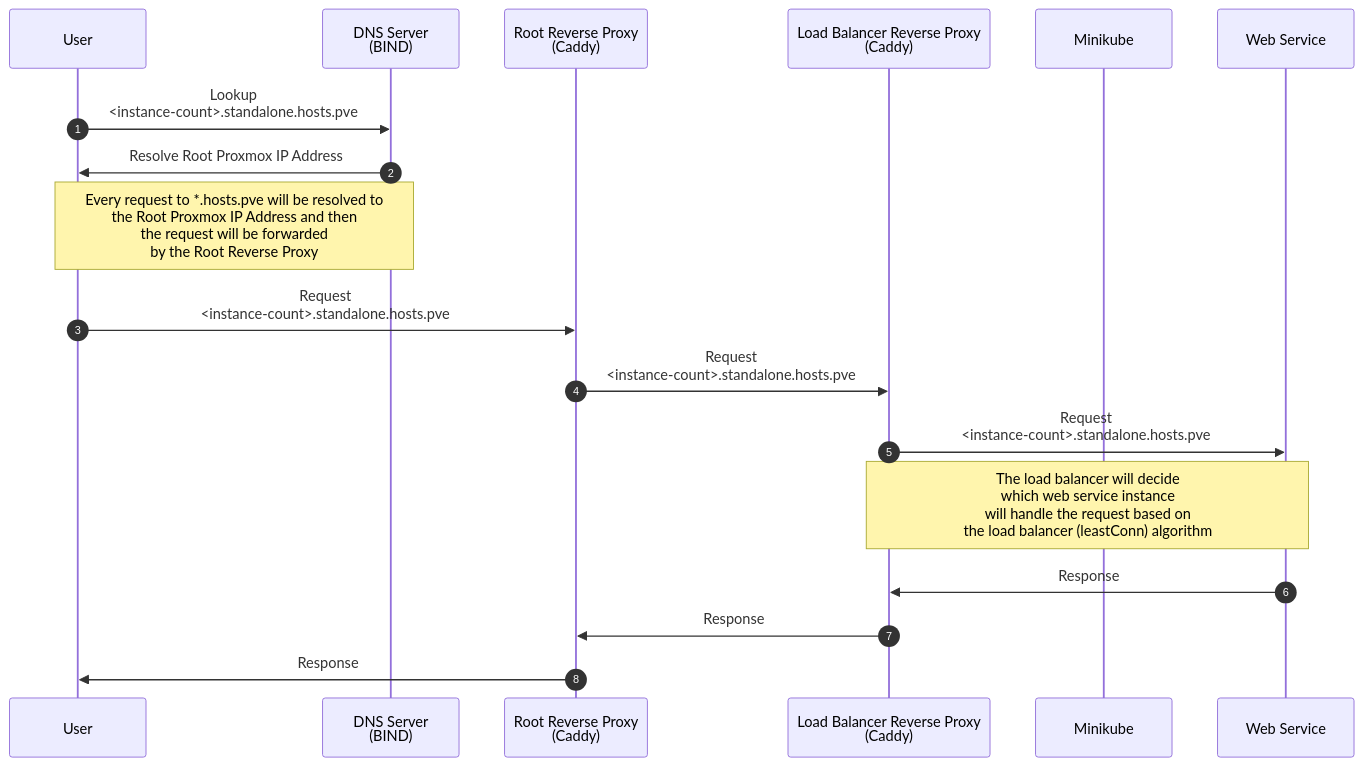
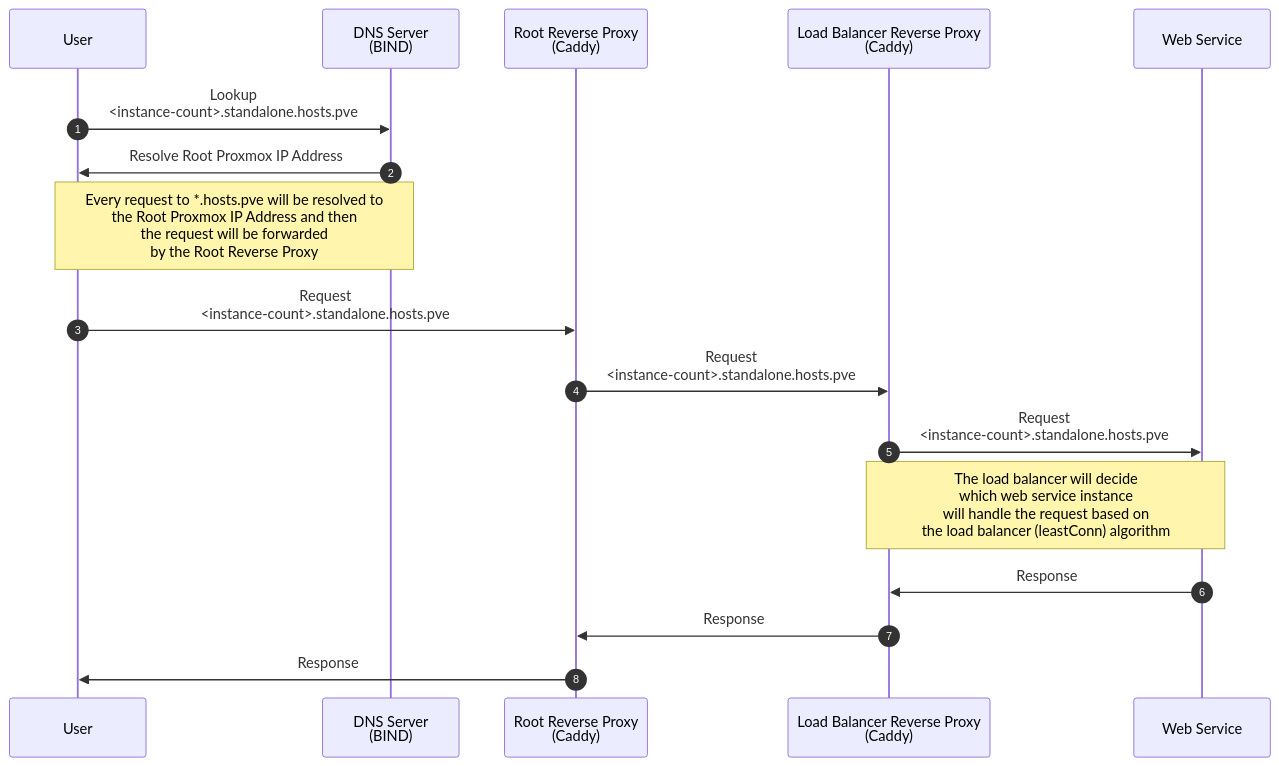
The first of 2 diagrams in README.md (Syakhisk/proxmox-minikube-knative), drawn with Mermaid before and after one commit.

````diff
--- a/README.md
+++ b/README.md
@@ -66,25 +66,24 @@
 ```mermaid
 sequenceDiagram
   autonumber
   participant user as User
   participant bind as DNS Server <br> (BIND)
   participant rootCaddy as Root Reverse Proxy <br> (Caddy)
   participant lbCaddy as Load Balancer Reverse Proxy <br> (Caddy)
-  participant kube as Minikube
   participant svc as Web Service
 
   user ->> bind: Lookup <br> <instance-count>.standalone.hosts.pve
   bind ->> user: Resolve Root Proxmox IP Address
   note over user,bind: Every request to *.hosts.pve will be resolved to <br> the Root Proxmox IP Address and then<br> the request will be forwarded <br>by the Root Reverse Proxy
 
   user ->> rootCaddy: Request <br> <instance-count>.standalone.hosts.pve
 
   rootCaddy ->> lbCaddy: Request <br> <instance-count>.standalone.hosts.pve
 
   lbCaddy ->> svc: Request <br> <instance-count>.standalone.hosts.pve
   note over lbCaddy,svc: The load balancer will decide <br> which web service instance <br> will handle the request based on <br> the load balancer (leastConn) algorithm
 
   svc ->> lbCaddy: Response
   lbCaddy ->> rootCaddy: Response
   rootCaddy ->> user: Response
 ```
````
